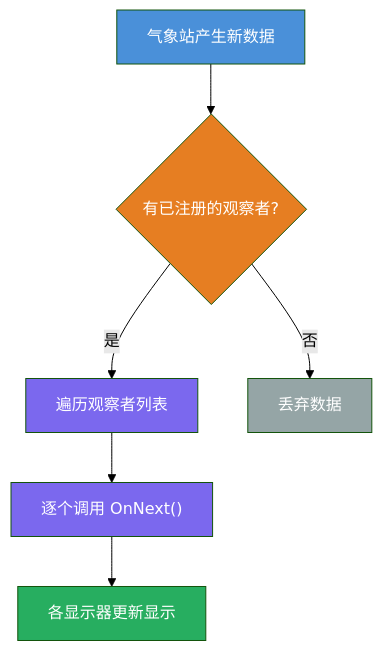
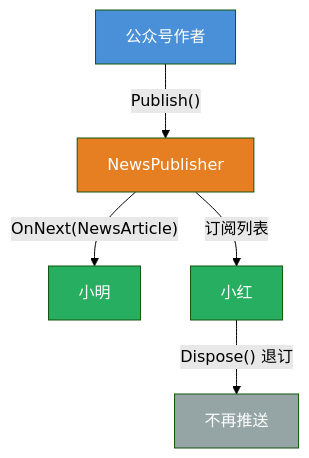
The fourth of 4 diagrams in ObserverPattern/README.md (hollson/design_patterns), drawn with Mermaid (forest theme) before and after one commit. The commit also changed other lines of this file and 143 other files, not shown here.

````diff
--- a/ObserverPattern/README.md
+++ b/ObserverPattern/README.md
@@ -27,15 +148,13 @@
 ```mermaid
 flowchart TD
-    A["气象站产生新数据"] --> B{"有已注册的观察者?"}
-    B -- 是 --> C["遍历观察者列表"]
-    C --> D["逐个调用 OnNext()"]
-    D --> E["各显示器更新显示"]
-    B -- 否 --> F["丢弃数据"]
+    A["公众号作者"] -->|"Publish()"| B["NewsPublisher"]
+    B -->|"OnNext(NewsArticle)"| C["小明"]
+    B -->|"订阅列表"| D["小红"]
+    D -->|"Dispose() 退订"| E["不再推送"]
 
     style A fill:#4A90D9,color:#fff
     style B fill:#E67E22,color:#fff
-    style C fill:#7B68EE,color:#fff
-    style D fill:#7B68EE,color:#fff
-    style E fill:#27AE60,color:#fff
-    style F fill:#95A5A6,color:#fff
+    style C fill:#27AE60,color:#fff
+    style D fill:#27AE60,color:#fff
+    style E fill:#95A5A6,color:#fff
 ```
````
